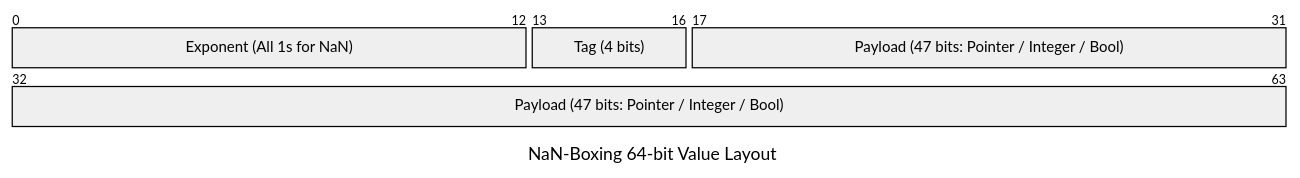
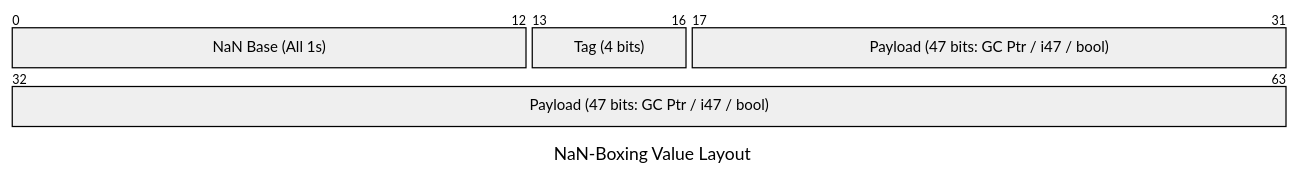
The fourth of 6 diagrams in readme.md (nyar-vm/nyar-vm), drawn with Mermaid before and after one commit. The commit also changed other lines of this file, not shown here.

````diff
--- a/readme.md
+++ b/readme.md
@@ -85,7 +82,7 @@
 ```mermaid
 packet-beta
-title NaN-Boxing 64-bit Value Layout
-0-12: "Exponent (All 1s for NaN)"
+title NaN-Boxing Value Layout
+0-12: "NaN Base (All 1s)"
 13-16: "Tag (4 bits)"
-17-63: "Payload (47 bits: Pointer / Integer / Bool)"
+17-63: "Payload (47 bits: GC Ptr / i47 / bool)"
 ```
````
